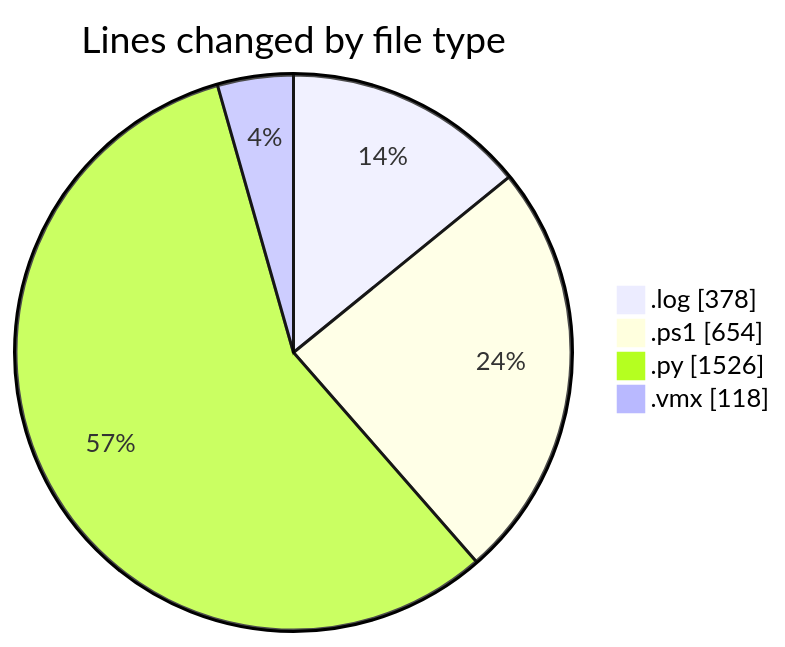
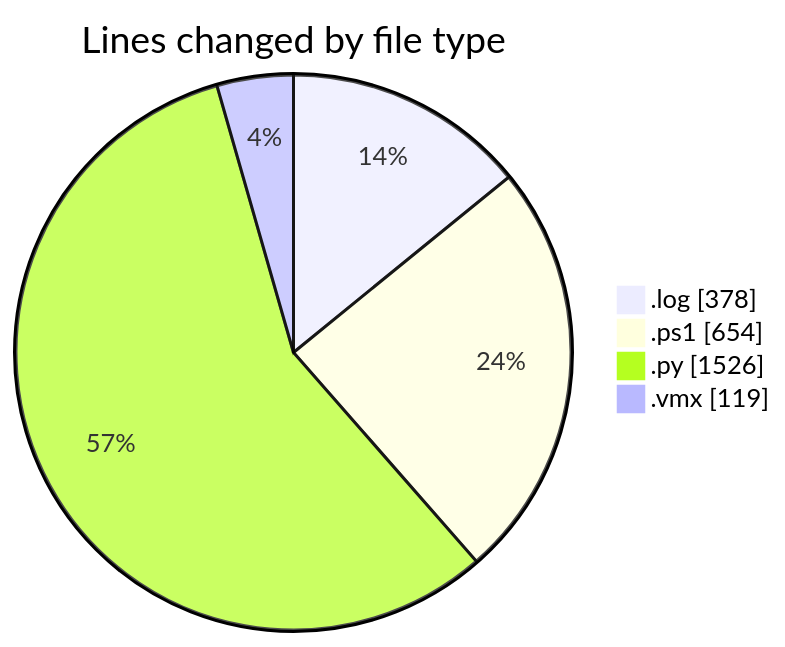
The first of 2 diagrams in 2026-07-08/twenty_versions_aminor/README.md (shibass792/code-tracking), drawn with Mermaid before and after one commit. The commit also changed other lines of this file and 1 other file, not shown here.

````diff
--- a/2026-07-08/twenty_versions_aminor/README.md
+++ b/2026-07-08/twenty_versions_aminor/README.md
@@ -26,8 +26,8 @@
 ```mermaid
 pie showData
 title Lines changed by file type
 ".log" : 378
 ".ps1" : 654
 ".py" : 1526
-".vmx" : 118
+".vmx" : 119
 ```
````
